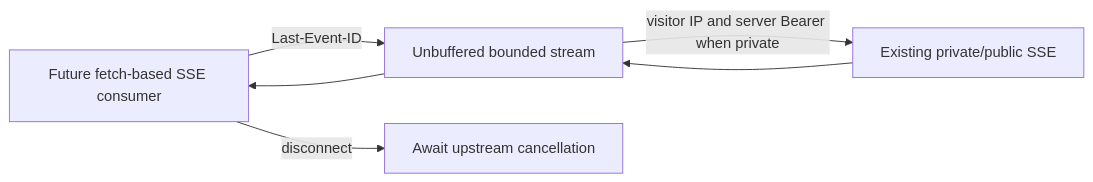
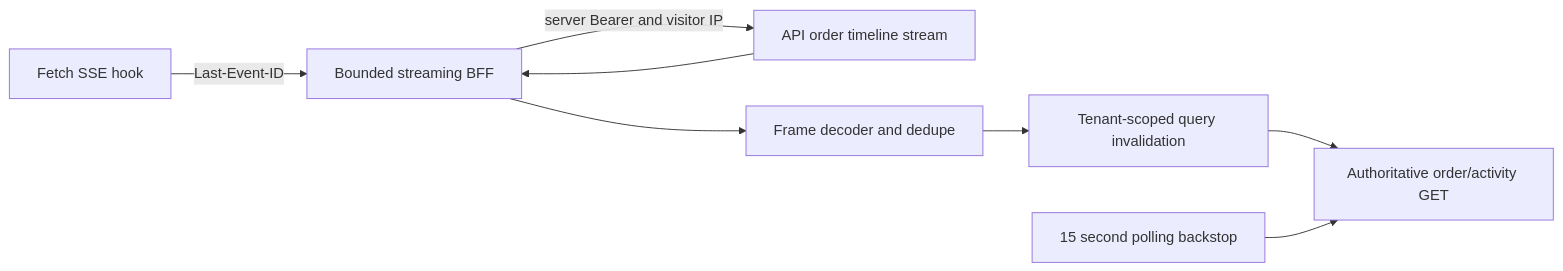
One commit to noohkhan7232/event-driven-order-orchestration-system changed the third of 3 diagrams in docs/reports/phase-4-report.md. Above: the diagram before and after it, drawn with Mermaid. The commit also changed other lines of this file, not shown here.

````diff
--- a/docs/reports/phase-4-report.md
+++ b/docs/reports/phase-4-report.md
@@ -122,7 +128,9 @@
 ```mermaid
 flowchart LR
-  Client[Future fetch-based SSE consumer] -->|Last-Event-ID| BFF[Unbuffered bounded stream]
-  BFF -->|visitor IP and server Bearer when private| API[Existing private/public SSE]
-  API --> BFF --> Client
-  Client -->|disconnect| Cancel[Await upstream cancellation]
+  Client[Fetch SSE hook] -->|Last-Event-ID| BFF[Bounded streaming BFF]
+  BFF -->|server Bearer and visitor IP| API[API order timeline stream]
+  API --> BFF --> Decoder[Frame decoder and dedupe]
+  Decoder --> Invalidate[Tenant-scoped query invalidation]
+  Invalidate --> Snapshot[Authoritative order/activity GET]
+  Poll[15 second polling backstop] --> Snapshot
 ```
````
